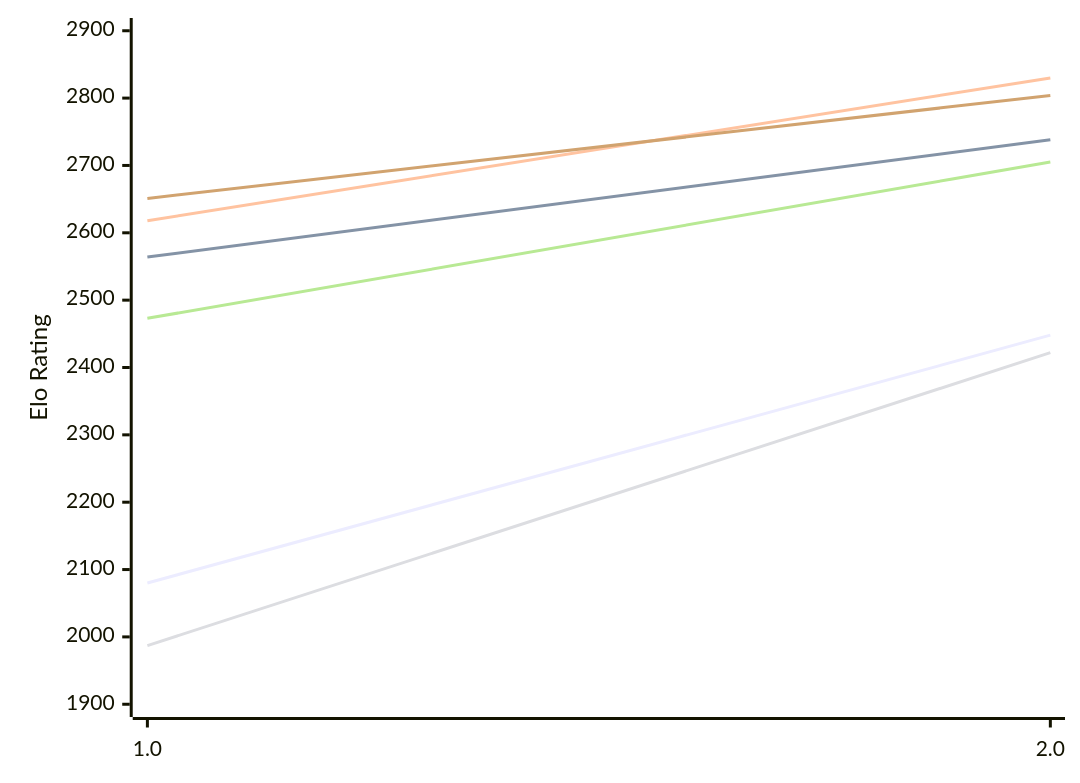
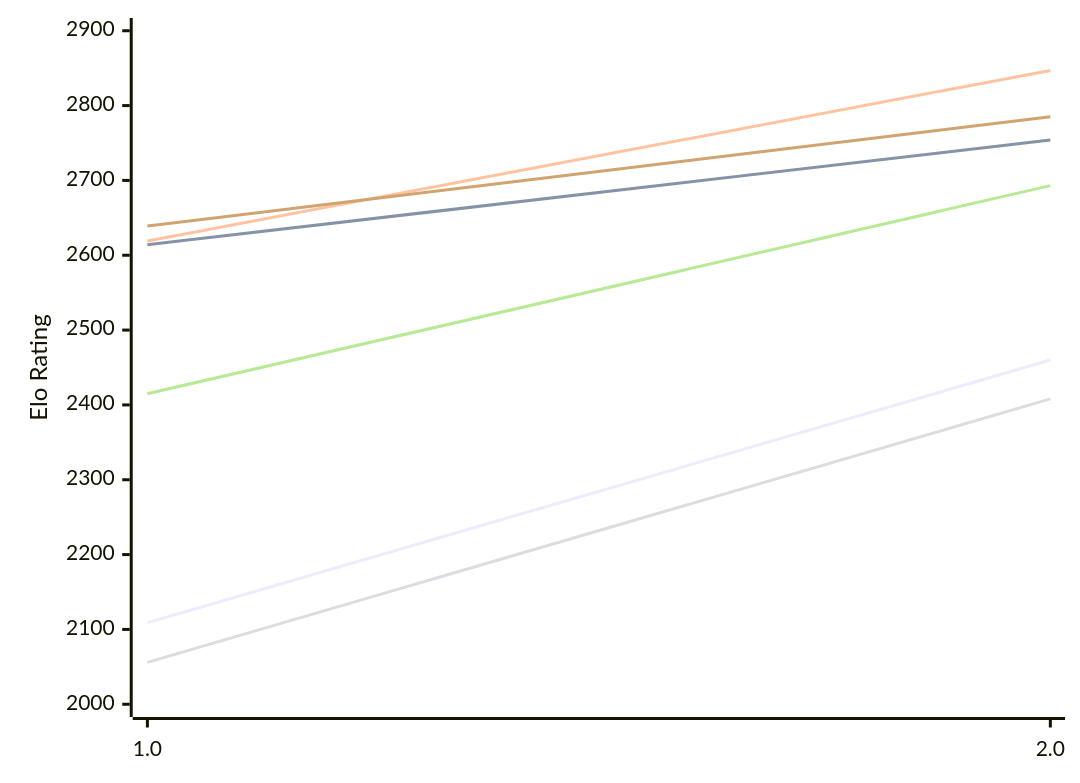
The first of 2 diagrams in engines/Revolver.md (computer-chess-index/cci), drawn with Mermaid before and after one commit. The commit also changed other lines of this file, not shown here.

Commit message:
Update CCI Ratings (ELO VLTC) - 2026-11-14

````diff
--- a/engines/Revolver.md
+++ b/engines/Revolver.md
@@ -50,12 +50,12 @@
 ```mermaid
 %%{init: {"theme":"base","themeVariables":{"seriesColors:['#a3a3a3','#222221','#faa371']}}}%%
 xychart-beta
   x-axis ["1.0", "2.0"]
-  y-axis "Elo Rating" 1900 --> 2900
-  line "E1: STC (8.0+0.08s)" [2080, 2448]
-  line "E1: LTC (60.0+0.60s)" [2564, 2738]
-  line "E1: VLTC (2m24s+1.12s)" [2618, 2830]
-  line "P1: STC (8.0+0.08s)" [1987, 2422]
-  line "P1: LTC (60.0+0.60s)" [2473, 2705]
-  line "P1: VLTC (2m24s+1.12s)" [2651, 2804]
+  y-axis "Elo Rating" 2000 --> 2900
+  line "E1: STC (8.0+0.08s)" [2109, 2460]
+  line "E1: LTC (60.0+0.60s)" [2614, 2754]
+  line "E1: VLTC (2m24s+1.12s)" [2619, 2847]
+  line "P1: STC (8.0+0.08s)" [2056, 2408]
+  line "P1: LTC (60.0+0.60s)" [2415, 2693]
+  line "P1: VLTC (2m24s+1.12s)" [2639, 2785]
 ```
````
